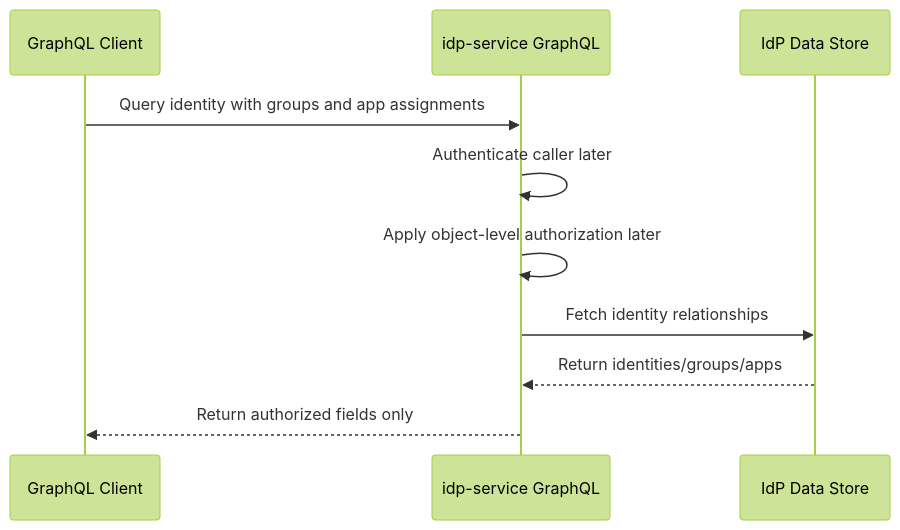
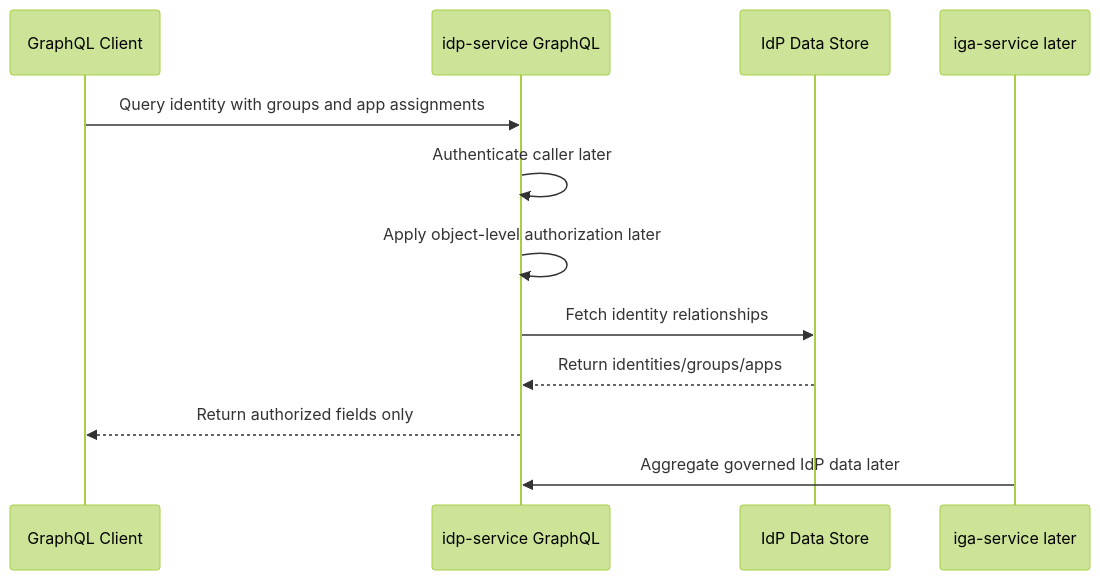
Before and after one commit to i-m-rish/luffy: the seventh of 7 diagrams in apps/idp-service/docs/diagrams.md, drawn with Mermaid (forest theme). The commit also changed other lines of this file, not shown here.

Commit message:
Update IdP diagrams with IGA normalization flow

````diff
--- a/apps/idp-service/docs/diagrams.md
+++ b/apps/idp-service/docs/diagrams.md
@@ -143,13 +169,15 @@
 ```mermaid
 sequenceDiagram
     participant Client as GraphQL Client
     participant IDP as idp-service GraphQL
     participant Store as IdP Data Store
+    participant IGA as iga-service later
 
     Client->>IDP: Query identity with groups and app assignments
     IDP->>IDP: Authenticate caller later
     IDP->>IDP: Apply object-level authorization later
     IDP->>Store: Fetch identity relationships
     Store-->>IDP: Return identities/groups/apps
     IDP-->>Client: Return authorized fields only
+    IGA->>IDP: Aggregate governed IdP data later
 ```
````
